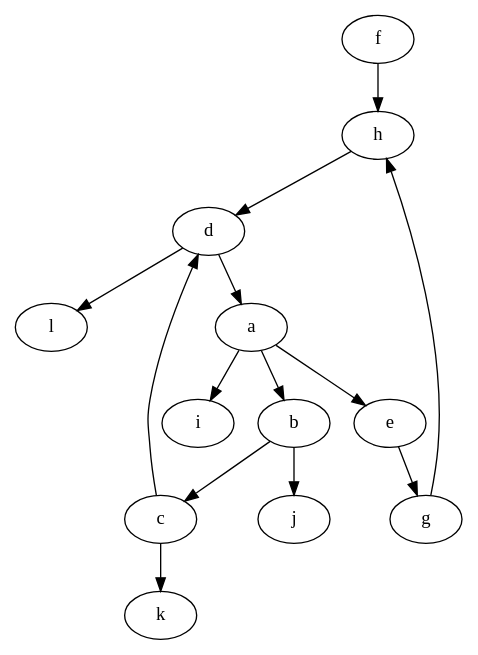
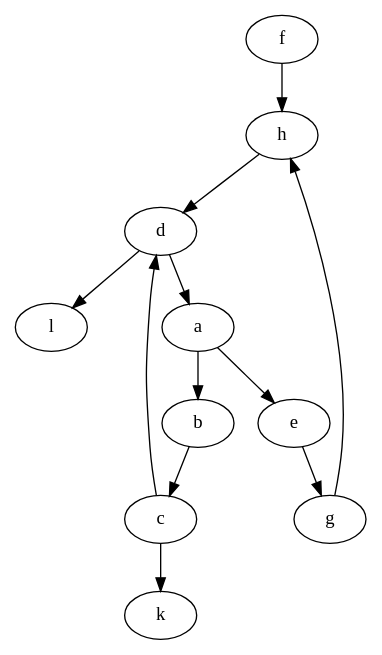
The diagram in src/main/resources/outputGraph.dot (anishnallani22/CSE-464-2024-anallani), drawn with Graphviz before and after one commit. The commit also changed 2 other files, not shown here.

```diff
--- a/src/main/resources/outputGraph.dot
+++ b/src/main/resources/outputGraph.dot
@@ -1,15 +1,13 @@
 digraph G {
   f -> h;
   a -> b;
   a -> e;
   h -> d;
   b -> c;
   c -> d;
   e -> g;
   d -> a;
   g -> h;
-  a -> i;
-  b -> j;
   c -> k;
   d -> l;
 }
```
